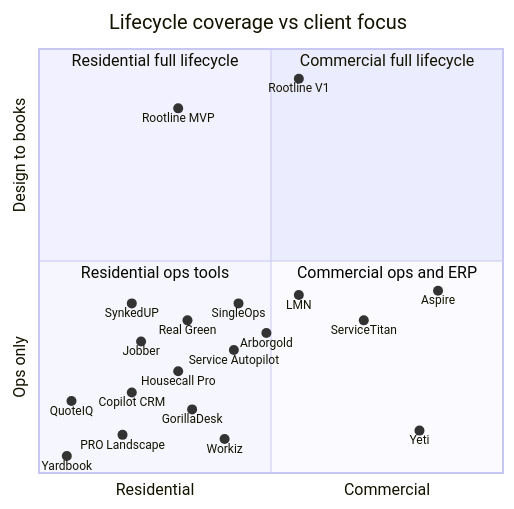
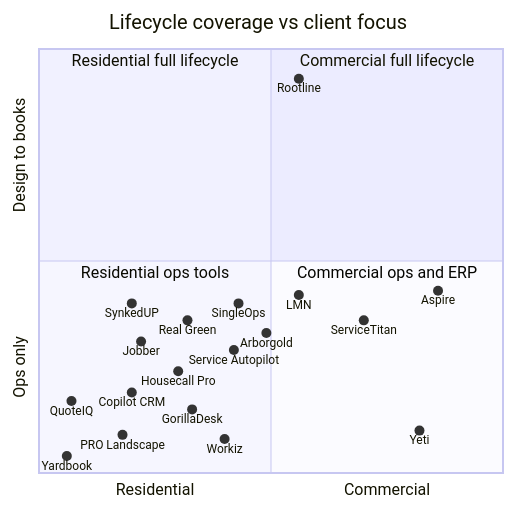
One commit to jdinard/landscape changed the fourth of 12 diagrams in docs/01-market-landscape.md. Above: the diagram before and after it, drawn with Mermaid. The commit also changed other lines of this file and 42 other files, not shown here.

````diff
--- a/docs/01-market-landscape.md
+++ b/docs/01-market-landscape.md
@@ -476,29 +476,28 @@
 ```mermaid
 quadrantChart
     title Lifecycle coverage vs client focus
     x-axis Residential --> Commercial
     y-axis Ops only --> Design to books
     quadrant-1 Commercial full lifecycle
     quadrant-2 Residential full lifecycle
     quadrant-3 Residential ops tools
     quadrant-4 Commercial ops and ERP
     Yardbook: [0.06, 0.04]
     PRO Landscape: [0.18, 0.09]
     QuoteIQ: [0.07, 0.17]
     Copilot CRM: [0.20, 0.19]
     Workiz: [0.40, 0.08]
     Housecall Pro: [0.30, 0.24]
     Jobber: [0.22, 0.31]
     GorillaDesk: [0.33, 0.15]
     Service Autopilot: [0.42, 0.29]
     Real Green: [0.32, 0.36]
     Arborgold: [0.49, 0.33]
     SingleOps: [0.43, 0.40]
     SynkedUP: [0.20, 0.40]
     LMN: [0.56, 0.42]
     ServiceTitan: [0.70, 0.36]
     Aspire: [0.86, 0.43]
     Yeti: [0.82, 0.10]
-    Rootline MVP: [0.30, 0.86]
-    Rootline V1: [0.56, 0.93]
+    Rootline: [0.56, 0.93]
 ```
````
